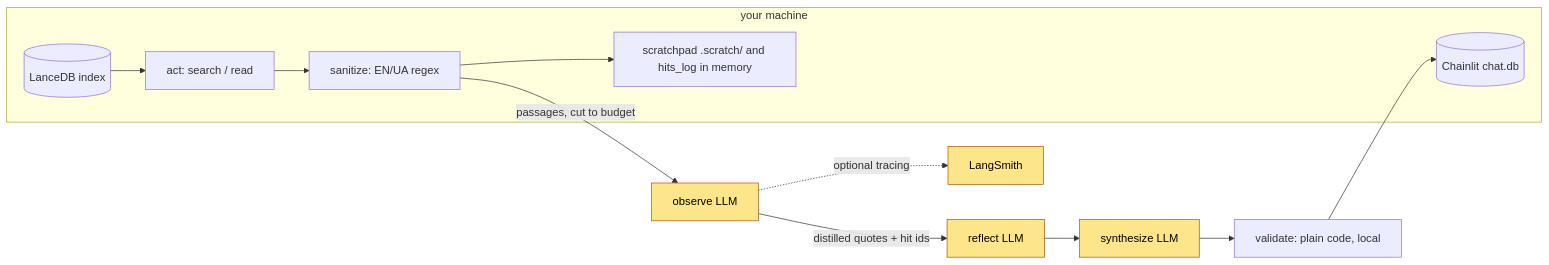
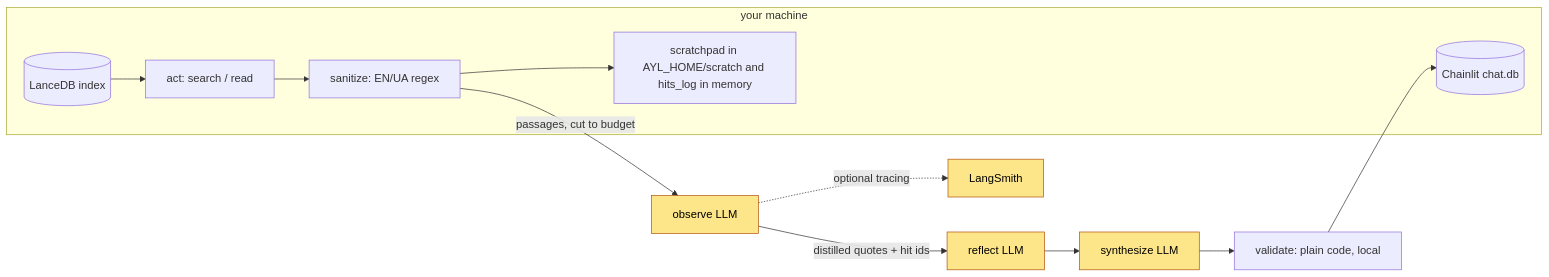
The diagram in docs/privacy-and-threat-model.md (ievgen-borysenko/ask-your-library), drawn with Mermaid before and after one commit. The commit also changed other lines of this file and 11 other files, not shown here.

First line of the commit message:
ADR-026 and the docs: AYL_HOME is where the index, the scratchpads and the chat database default to

````diff
--- a/docs/privacy-and-threat-model.md
+++ b/docs/privacy-and-threat-model.md
@@ -10,17 +10,17 @@
 ```mermaid
 flowchart LR
     subgraph local[your machine]
         Corpus[(LanceDB index)] --> Act[act: search / read]
         Act --> San[sanitize: EN/UA regex]
-        San --> Pad[scratchpad .scratch/ and hits_log in memory]
+        San --> Pad[scratchpad in AYL_HOME/scratch and hits_log in memory]
         Chat[(Chainlit chat.db)]
     end
     San -->|passages, cut to budget| Obs[observe LLM]
     Obs -->|distilled quotes + hit ids| Ref[reflect LLM]
     Ref --> Syn[synthesize LLM]
     Syn --> Val[validate: plain code, local]
     Val --> Chat
     Obs -. optional tracing .-> LS[LangSmith]
     classDef ext fill:#fde68a,stroke:#b45309,color:#000
     class Obs,Ref,Syn,LS ext
 ```
````
